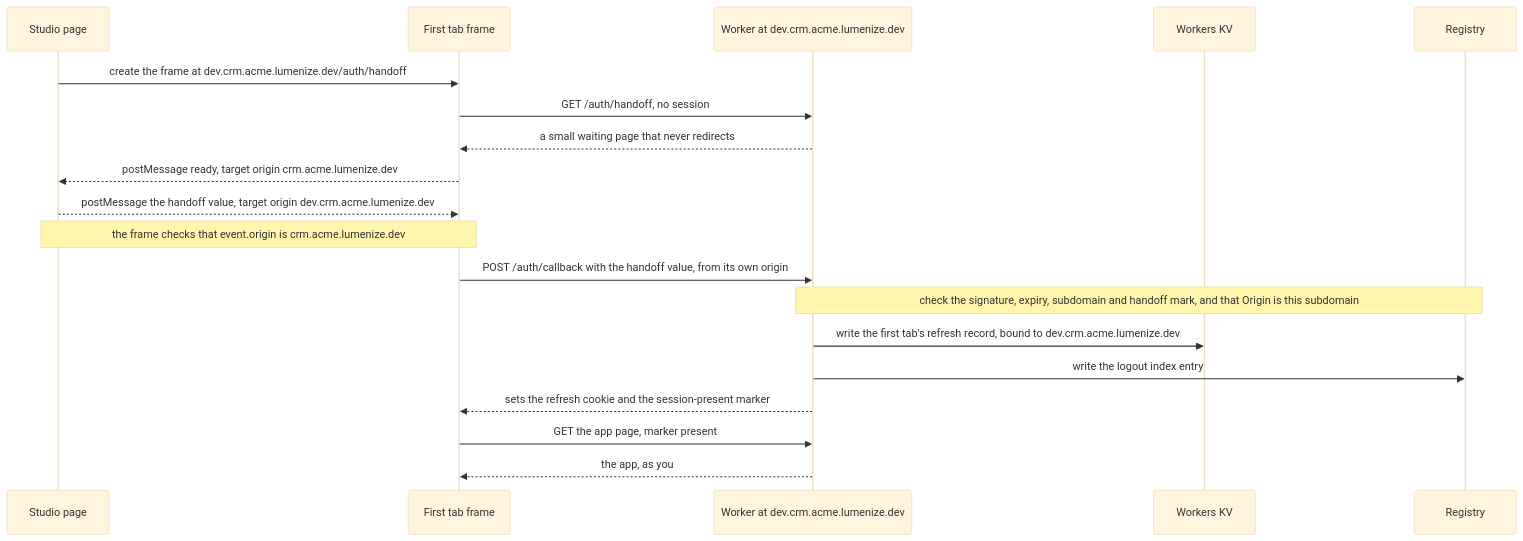
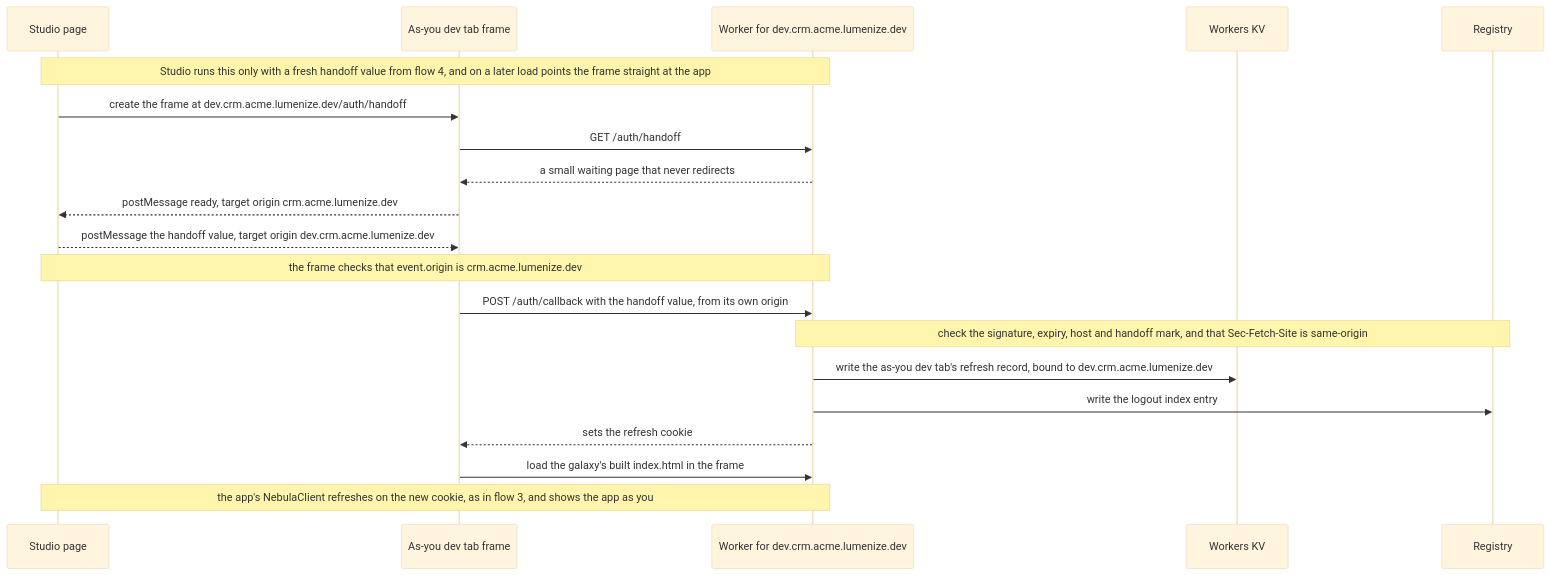
The fifth of 7 diagrams in tasks/sessions-per-origin.md (lumenize/lumenize), drawn with Mermaid (base theme) before and after one commit. The commit also changed other lines of this file and 5 other files, not shown here.

First line of the commit message:
docs(sessions): client-started sessions, the as-you dev tab, and ADR-021's review

````diff
--- a/tasks/sessions-per-origin.md
+++ b/tasks/sessions-per-origin.md
@@ -159,22 +196,23 @@
 ```mermaid
 sequenceDiagram
     participant SP as Studio page
-    participant FR as First tab frame
-    participant D as Worker at dev.crm.acme.lumenize.dev
+    participant FR as As-you dev tab frame
+    participant D as Worker for dev.crm.acme.lumenize.dev
     participant K as Workers KV
     participant R as Registry
 
+    Note over SP,D: Studio runs this only with a fresh handoff value from flow 4, and on a later load points the frame straight at the app
     SP->>FR: create the frame at dev.crm.acme.lumenize.dev/auth/handoff
-    FR->>D: GET /auth/handoff, no session
+    FR->>D: GET /auth/handoff
     D-->>FR: a small waiting page that never redirects
     FR-->>SP: postMessage ready, target origin crm.acme.lumenize.dev
     SP-->>FR: postMessage the handoff value, target origin dev.crm.acme.lumenize.dev
-    Note over SP,FR: the frame checks that event.origin is crm.acme.lumenize.dev
+    Note over SP,D: the frame checks that event.origin is crm.acme.lumenize.dev
     FR->>D: POST /auth/callback with the handoff value, from its own origin
-    Note over D,R: check the signature, expiry, subdomain and handoff mark, and that Origin is this subdomain
-    D->>K: write the first tab's refresh record, bound to dev.crm.acme.lumenize.dev
+    Note over D,R: check the signature, expiry, host and handoff mark, and that Sec-Fetch-Site is same-origin
+    D->>K: write the as-you dev tab's refresh record, bound to dev.crm.acme.lumenize.dev
     D->>R: write the logout index entry
-    D-->>FR: sets the refresh cookie and the session-present marker
-    FR->>D: GET the app page, marker present
-    D-->>FR: the app, as you
+    D-->>FR: sets the refresh cookie
+    FR->>D: load the galaxy's built index.html in the frame
+    Note over SP,D: the app's NebulaClient refreshes on the new cookie, as in flow 3, and shows the app as you
 ```
````
